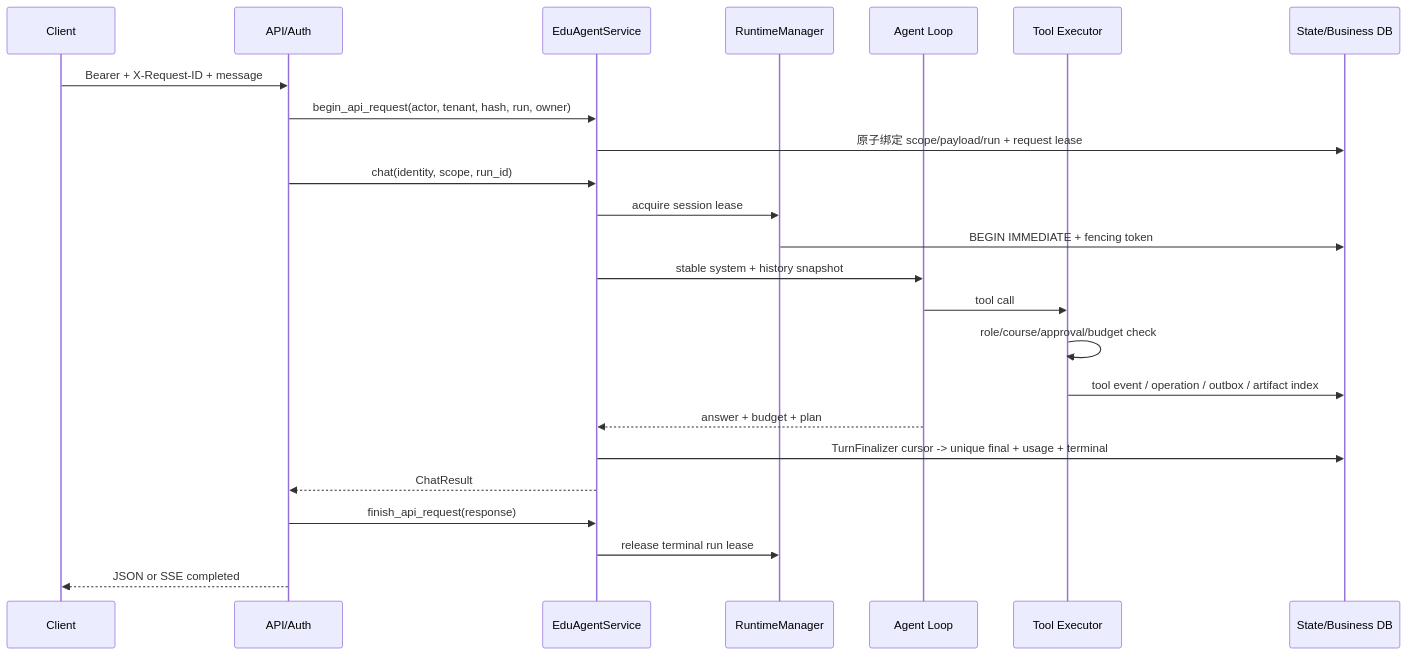
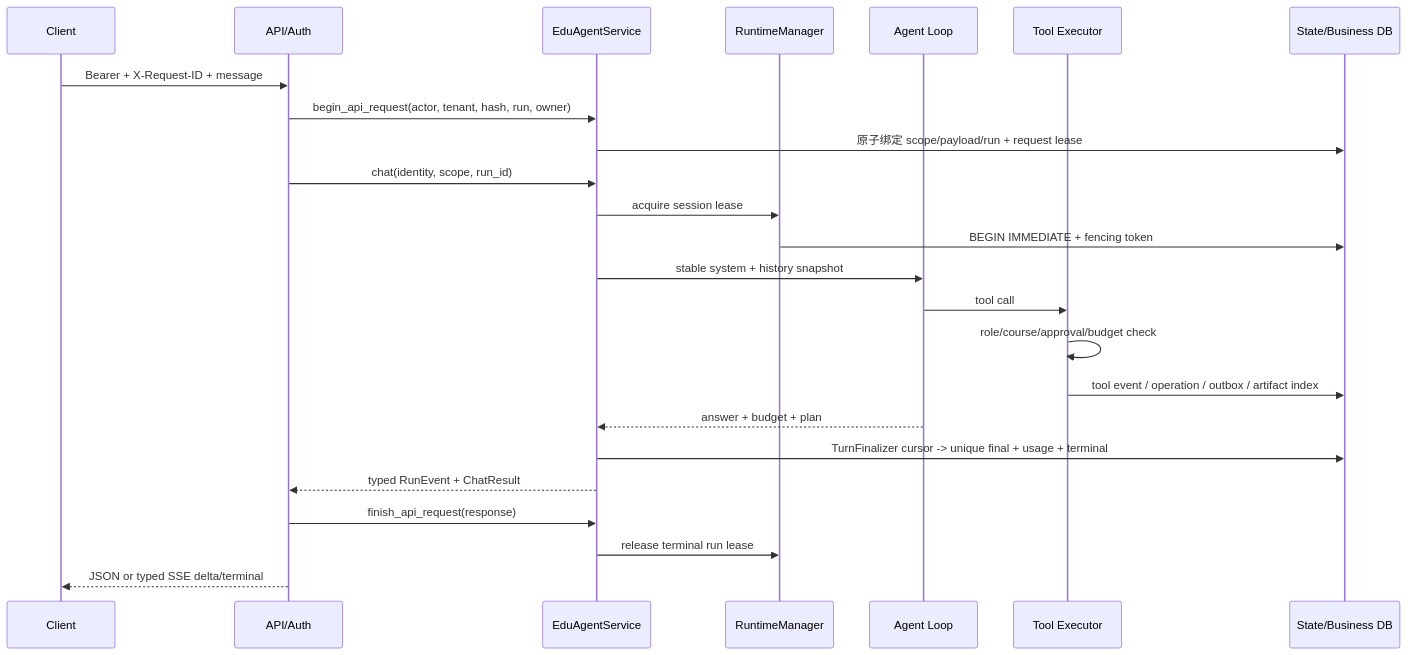
The second of 6 diagrams in docs/architecture.md (zhangxiaobina/edu-agent), drawn with Mermaid before and after one commit. The commit also changed other lines of this file and 29 other files, not shown here.

````diff
--- a/docs/architecture.md
+++ b/docs/architecture.md
@@ -78,27 +79,27 @@
 ```mermaid
 sequenceDiagram
     participant C as Client
     participant A as API/Auth
     participant S as EduAgentService
     participant R as RuntimeManager
     participant G as Agent Loop
     participant T as Tool Executor
     participant DB as State/Business DB
 
     C->>A: Bearer + X-Request-ID + message
     A->>S: begin_api_request(actor, tenant, hash, run, owner)
     S->>DB: 原子绑定 scope/payload/run + request lease
     A->>S: chat(identity, scope, run_id)
     S->>R: acquire session lease
     R->>DB: BEGIN IMMEDIATE + fencing token
     S->>G: stable system + history snapshot
     G->>T: tool call
     T->>T: role/course/approval/budget check
     T->>DB: tool event / operation / outbox / artifact index
     G-->>S: answer + budget + plan
     S->>DB: TurnFinalizer cursor -> unique final + usage + terminal
-    S-->>A: ChatResult
+    S-->>A: typed RunEvent + ChatResult
     A->>S: finish_api_request(response)
     S->>R: release terminal run lease
-    A-->>C: JSON or SSE completed
+    A-->>C: JSON or typed SSE delta/terminal
 ```
````
